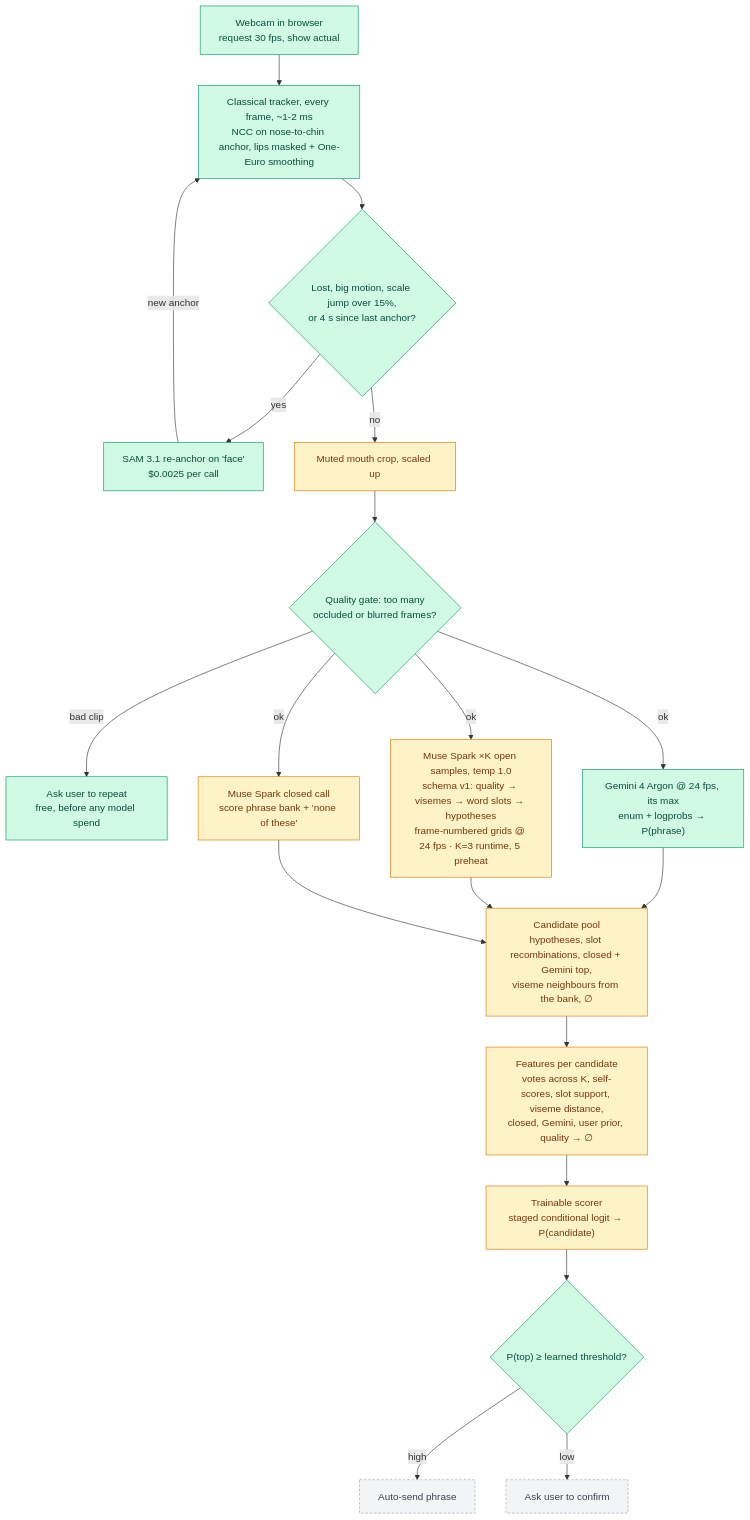
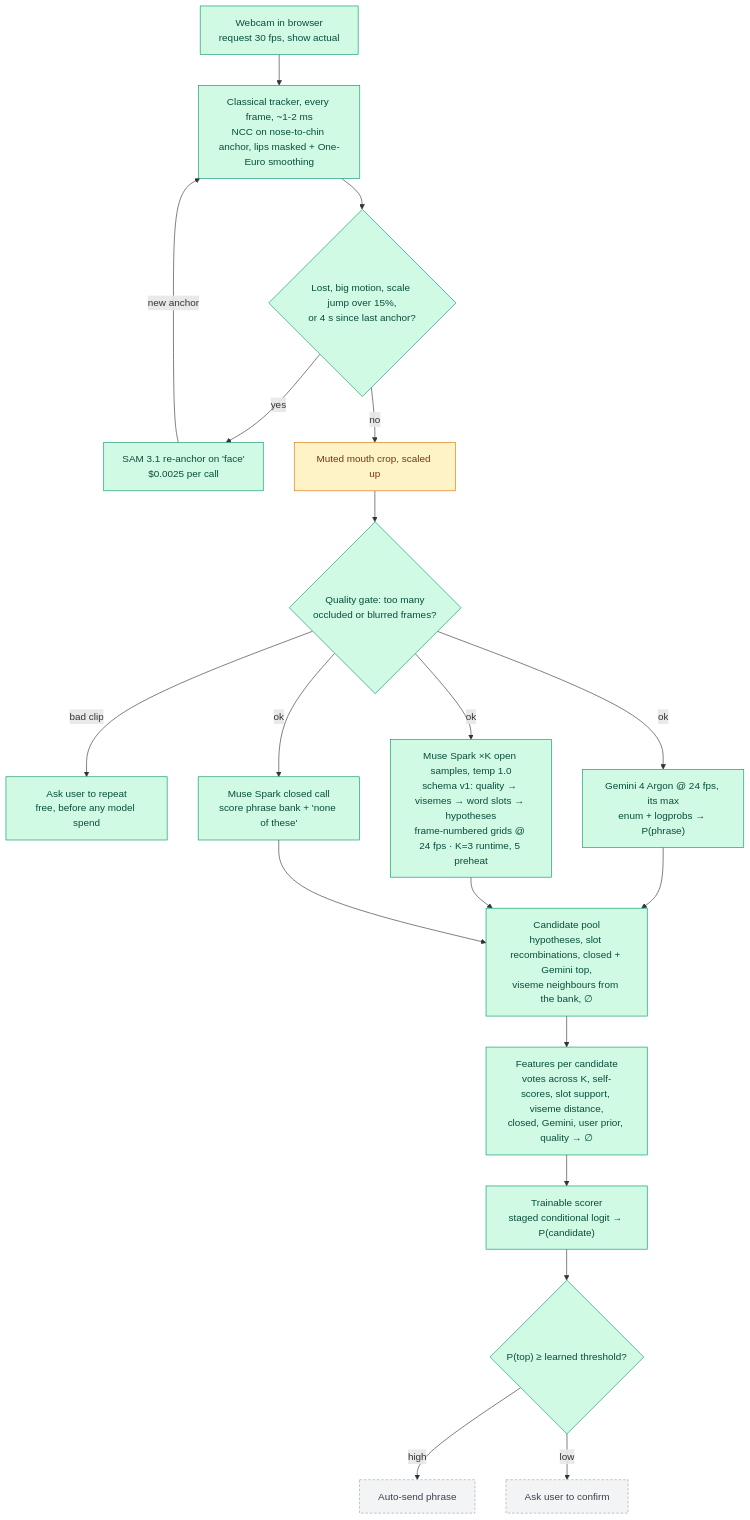
The first of 4 diagrams in docs/pipeline.md (Darijan-Ducic/badge-machine), drawn with Mermaid before and after one commit. The commit also changed other lines of this file and 1 other file, not shown here.

````diff
--- a/docs/pipeline.md
+++ b/docs/pipeline.md
@@ -7,35 +7,35 @@
 ```mermaid
 flowchart TD
   CAM["Webcam in browser<br/>request 30 fps, show actual"]
   TRK["Classical tracker, every frame, ~1-2 ms<br/>NCC on nose-to-chin anchor, lips masked + One-Euro smoothing"]
   TRIG{"Lost, big motion, scale jump over 15%,<br/>or 4 s since last anchor?"}
   SAM["SAM 3.1 re-anchor on 'face'<br/>$0.0025 per call"]
   CROP["Muted mouth crop, scaled up"]
   QG{"Quality gate: too many<br/>occluded or blurred frames?"}
   REPEAT["Ask user to repeat<br/>free, before any model spend"]
   GEM["Gemini 4 Argon @ 24 fps, its max<br/>enum + logprobs → P(phrase)"]
   MUSEK["Muse Spark ×K open samples, temp 1.0<br/>schema v1: quality → visemes → word slots → hypotheses<br/>frame-numbered grids @ 24 fps · K=3 runtime, 5 preheat"]
   MUSEC["Muse Spark closed call<br/>score phrase bank + 'none of these'"]
   POOL["Candidate pool<br/>hypotheses, slot recombinations, closed + Gemini top,<br/>viseme neighbours from the bank, ∅"]
   FEAT["Features per candidate<br/>votes across K, self-scores, slot support, viseme distance,<br/>closed, Gemini, user prior, quality → ∅"]
   FUSE["Trainable scorer<br/>staged conditional logit → P(candidate)"]
   GATE{"P(top) ≥ learned threshold?"}
   SEND["Auto-send phrase"]
   CONFIRM["Ask user to confirm"]
 
   CAM --> TRK --> TRIG
   TRIG -- yes --> SAM -- new anchor --> TRK
   TRIG -- no --> CROP --> QG
   QG -- bad clip --> REPEAT
   QG -- ok --> GEM & MUSEK & MUSEC
   GEM & MUSEK & MUSEC --> POOL --> FEAT --> FUSE --> GATE
   GATE -- high --> SEND
   GATE -- low --> CONFIRM
 
   classDef built fill:#d1fae5,stroke:#059669,color:#064e3b
   classDef building fill:#fef3c7,stroke:#d97706,color:#78350f
   classDef planned fill:#f3f4f6,stroke:#9ca3af,color:#374151,stroke-dasharray:4 3
-  class CAM,GEM,GATE,SAM,TRK,TRIG,QG,REPEAT built
-  class CROP,MUSEK,MUSEC,POOL,FEAT,FUSE building
+  class CAM,GEM,GATE,SAM,TRK,TRIG,QG,REPEAT,MUSEK,MUSEC,POOL,FEAT,FUSE built
+  class CROP building
   class SEND,CONFIRM planned
 ```
````
